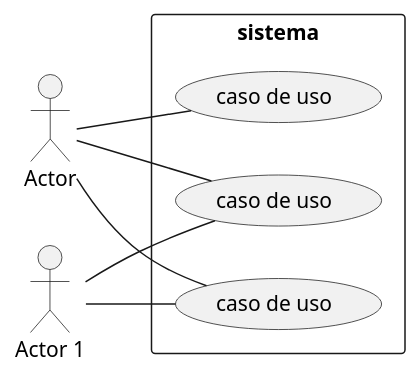
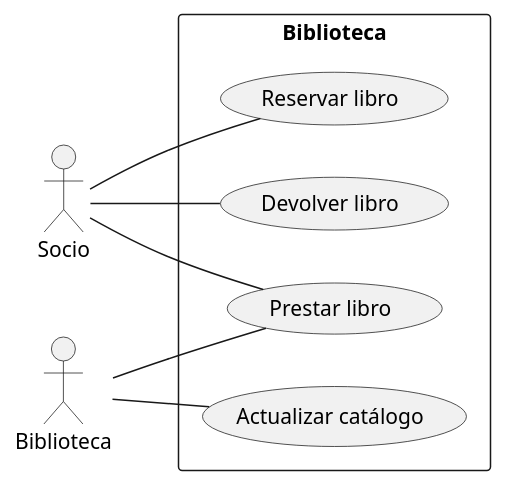
One commit to CorazaNegra/CasosDeUsos2 changed the diagram in CasosDeUsos2.puml. Above: the diagram before and after it, drawn with PlantUML.

Commit message:
Ejemplo biblioteca

```diff
--- a/CasosDeUsos2.puml
+++ b/CasosDeUsos2.puml
@@ -1,20 +1,21 @@
 @startuml
 
 left to right direction
 
-actor "Actor" as a
-actor "Actor 1" as b
+actor "Socio" as s
+actor "Biblioteca" as b
 
-rectangle sistema {
-    usecase "caso de uso" as UC1
-    usecase "caso de uso" as UC2
-    usecase "caso de uso" as UC3
+rectangle Biblioteca {
+    usecase "Reservar libro" as UC1
+    usecase "Prestar libro" as UC2
+    usecase "Devolver libro" as UC3
+    usecase "Actualizar catálogo" as UC4
 }
 
-a -- UC1
-a -- UC2
-a -- UC3
-b -- UC1
-b -- UC3
+s -- UC1
+s -- UC2
+s -- UC3
+b -- UC2
+b -- UC4
 
 @enduml
```
